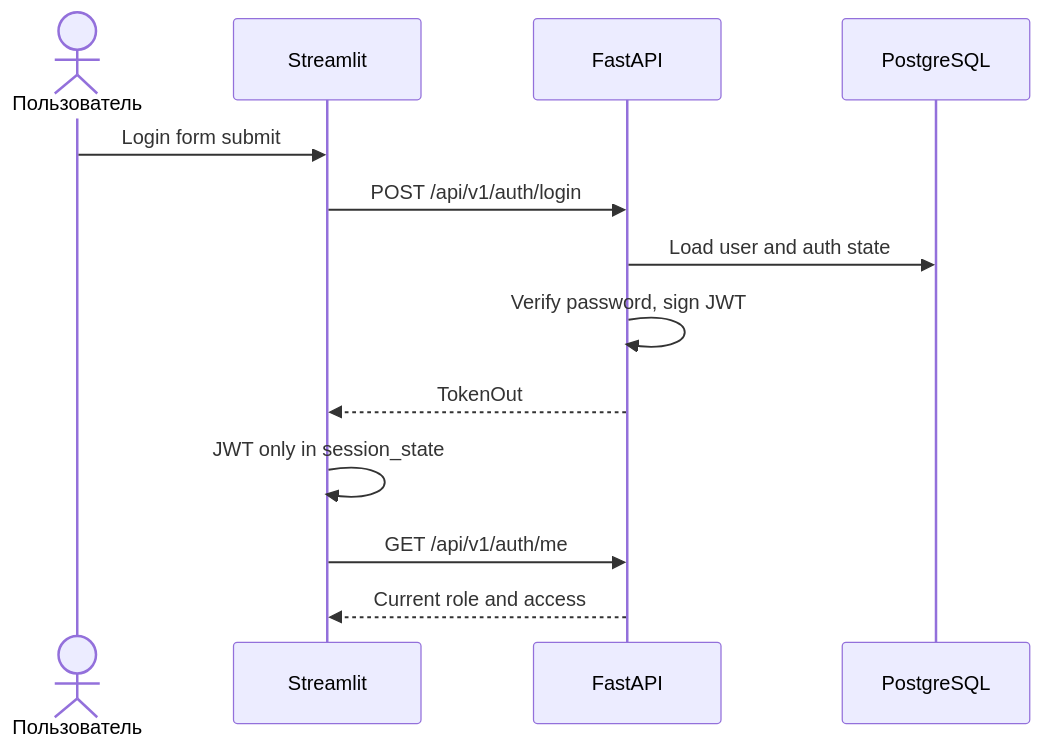
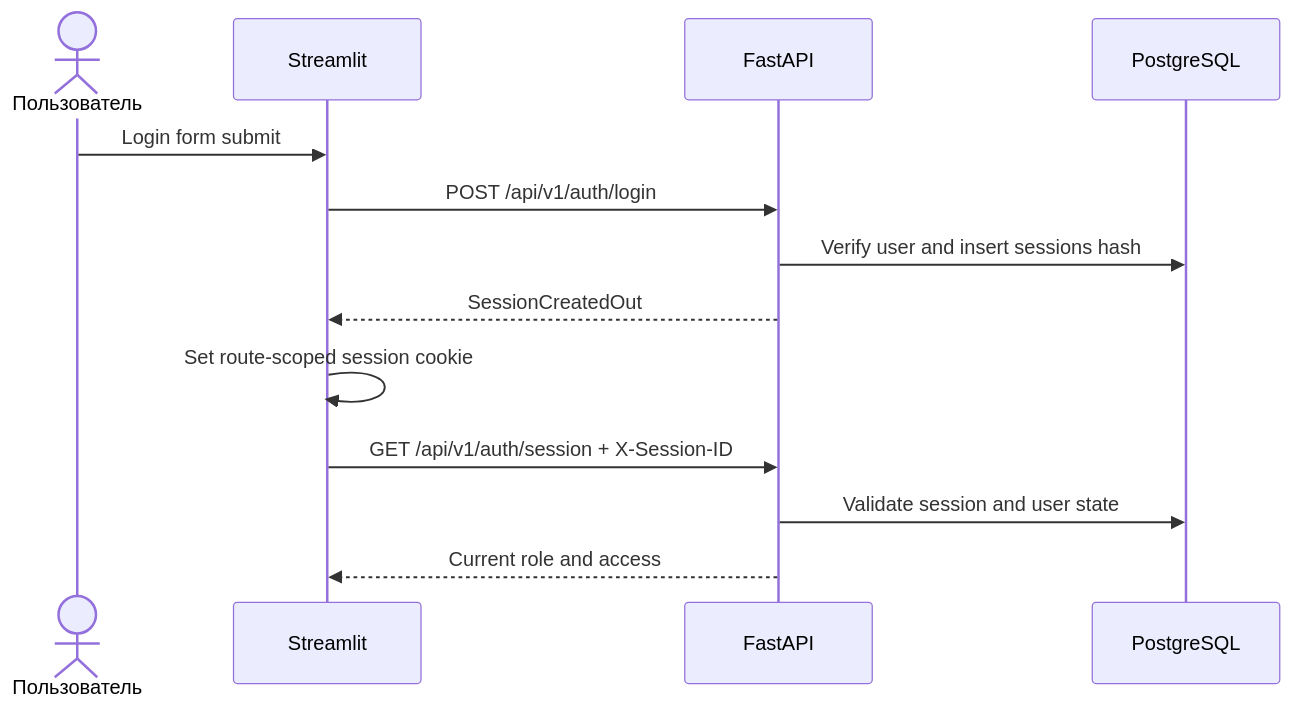
The first of 5 diagrams in docs/api.md (BigZet/AMLautosim), drawn with Mermaid before and after one commit. The commit also changed other lines of this file and 179 other files, not shown here.

````diff
--- a/docs/api.md
+++ b/docs/api.md
@@ -191,16 +195,16 @@
 ```mermaid
 sequenceDiagram
     actor U as Пользователь
     participant S as Streamlit
     participant A as FastAPI
     participant D as PostgreSQL
 
     U->>S: Login form submit
     S->>A: POST /api/v1/auth/login
-    A->>D: Load user and auth state
-    A->>A: Verify password, sign JWT
-    A-->>S: TokenOut
-    S->>S: JWT only in session_state
-    S->>A: GET /api/v1/auth/me
+    A->>D: Verify user and insert sessions hash
+    A-->>S: SessionCreatedOut
+    S->>S: Set route-scoped session cookie
+    S->>A: GET /api/v1/auth/session + X-Session-ID
+    A->>D: Validate session and user state
     A-->>S: Current role and access
 ```
````
